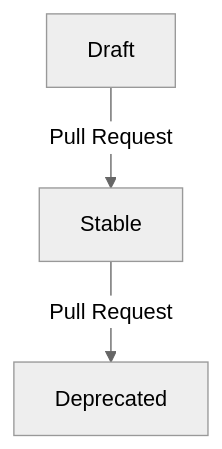
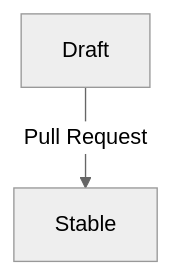
The diagram in Standards/scs-0003-v1-sovereign-cloud-standards-yaml.md (SovereignCloudStack/standards), drawn with Mermaid (neutral theme) before and after one commit. The commit also changed other lines of this file, not shown here.

````diff
--- a/Standards/scs-0003-v1-sovereign-cloud-standards-yaml.md
+++ b/Standards/scs-0003-v1-sovereign-cloud-standards-yaml.md
@@ -244,5 +287,4 @@
 ```mermaid
 graph TD
     B[Draft] -->|Pull Request| D[Stable]
-    D -->|Pull Request| F[Deprecated]
 ```
````
